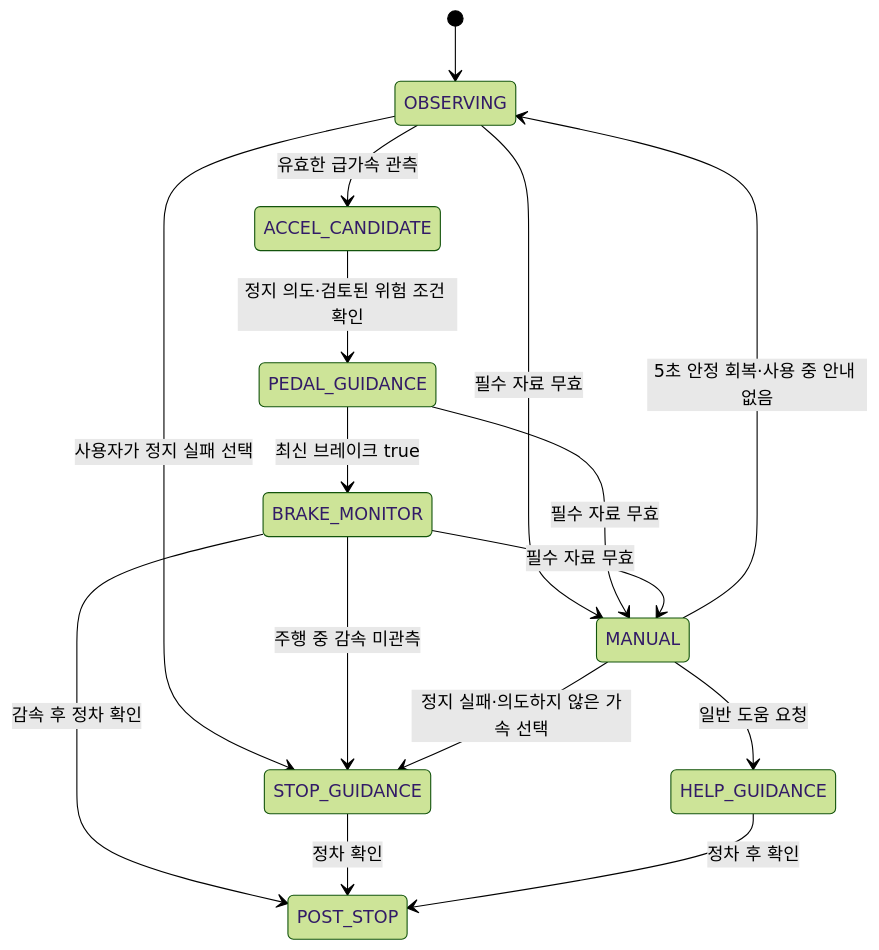
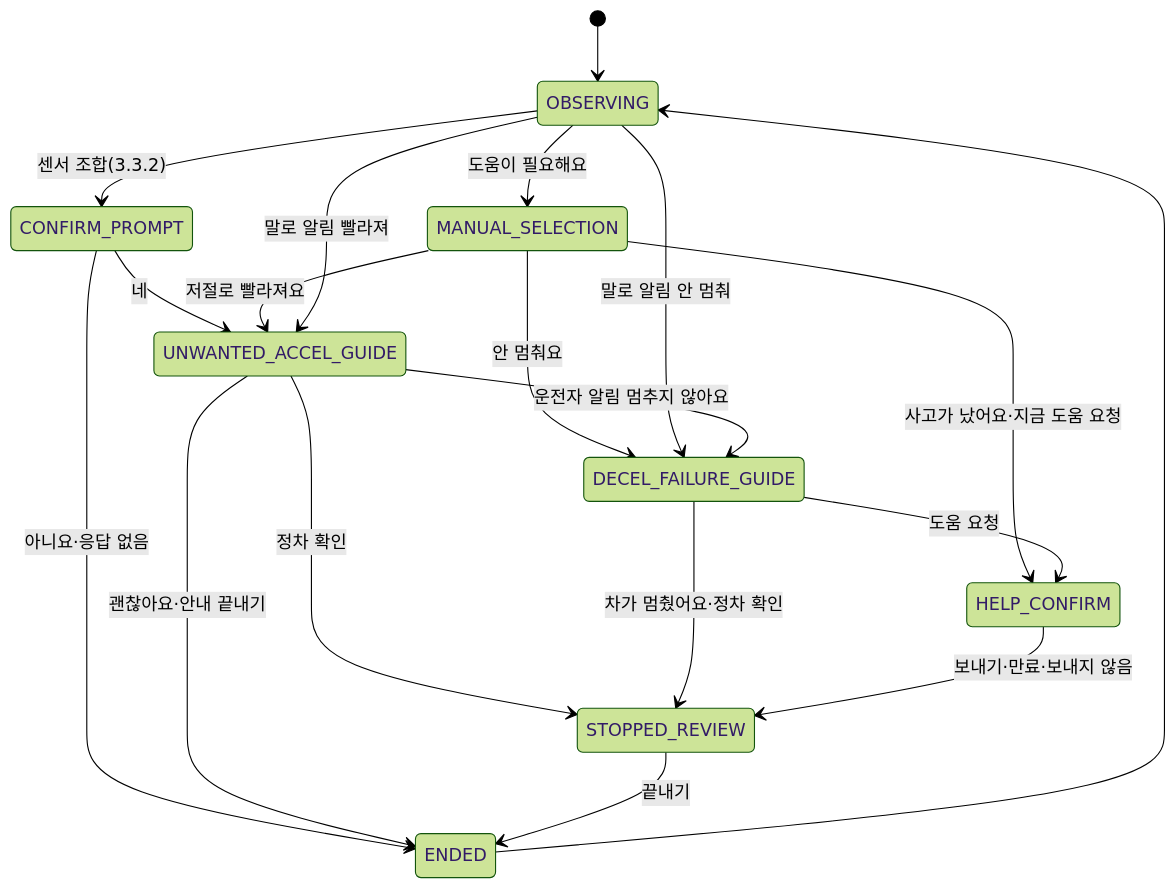
One commit to himangga01/pleos_super_guard changed the second of 3 diagrams in hyundai_app_market/docs/analysis/integrated-vehicle-care-2026-11-12.md. Above: the diagram before and after it, drawn with Mermaid (forest theme). The commit also changed other lines of this file and 9 other files, not shown here.

````diff
--- a/hyundai_app_market/docs/analysis/integrated-vehicle-care-2026-11-12.md
+++ b/hyundai_app_market/docs/analysis/integrated-vehicle-care-2026-11-12.md
@@ -406,18 +470,21 @@
 ```mermaid
 stateDiagram-v2
   [*] --> OBSERVING
-  OBSERVING --> ACCEL_CANDIDATE: 유효한 급가속 관측
-  ACCEL_CANDIDATE --> PEDAL_GUIDANCE: 정지 의도·검토된 위험 조건 확인
-  OBSERVING --> STOP_GUIDANCE: 사용자가 정지 실패 선택
-  PEDAL_GUIDANCE --> BRAKE_MONITOR: 최신 브레이크 true
-  BRAKE_MONITOR --> STOP_GUIDANCE: 주행 중 감속 미관측
-  BRAKE_MONITOR --> POST_STOP: 감속 후 정차 확인
-  STOP_GUIDANCE --> POST_STOP: 정차 확인
-  OBSERVING --> MANUAL: 필수 자료 무효
-  PEDAL_GUIDANCE --> MANUAL: 필수 자료 무효
-  BRAKE_MONITOR --> MANUAL: 필수 자료 무효
-  MANUAL --> STOP_GUIDANCE: 정지 실패·의도하지 않은 가속 선택
-  MANUAL --> HELP_GUIDANCE: 일반 도움 요청
-  HELP_GUIDANCE --> POST_STOP: 정차 후 확인
-  MANUAL --> OBSERVING: 5초 안정 회복·사용 중 안내 없음
+  OBSERVING --> CONFIRM_PROMPT: 센서 조합(3.3.2)
+  CONFIRM_PROMPT --> UNWANTED_ACCEL_GUIDE: 네
+  CONFIRM_PROMPT --> ENDED: 아니요·응답 없음
+  OBSERVING --> MANUAL_SELECTION: 도움이 필요해요
+  MANUAL_SELECTION --> UNWANTED_ACCEL_GUIDE: 저절로 빨라져요
+  MANUAL_SELECTION --> DECEL_FAILURE_GUIDE: 안 멈춰요
+  MANUAL_SELECTION --> HELP_CONFIRM: 사고가 났어요·지금 도움 요청
+  OBSERVING --> UNWANTED_ACCEL_GUIDE: 말로 알림 빨라져
+  OBSERVING --> DECEL_FAILURE_GUIDE: 말로 알림 안 멈춰
+  UNWANTED_ACCEL_GUIDE --> DECEL_FAILURE_GUIDE: 운전자 알림 멈추지 않아요
+  UNWANTED_ACCEL_GUIDE --> ENDED: 괜찮아요·안내 끝내기
+  UNWANTED_ACCEL_GUIDE --> STOPPED_REVIEW: 정차 확인
+  DECEL_FAILURE_GUIDE --> STOPPED_REVIEW: 차가 멈췄어요·정차 확인
+  DECEL_FAILURE_GUIDE --> HELP_CONFIRM: 도움 요청
+  HELP_CONFIRM --> STOPPED_REVIEW: 보내기·만료·보내지 않음
+  STOPPED_REVIEW --> ENDED: 끝내기
+  ENDED --> OBSERVING
 ```
````
